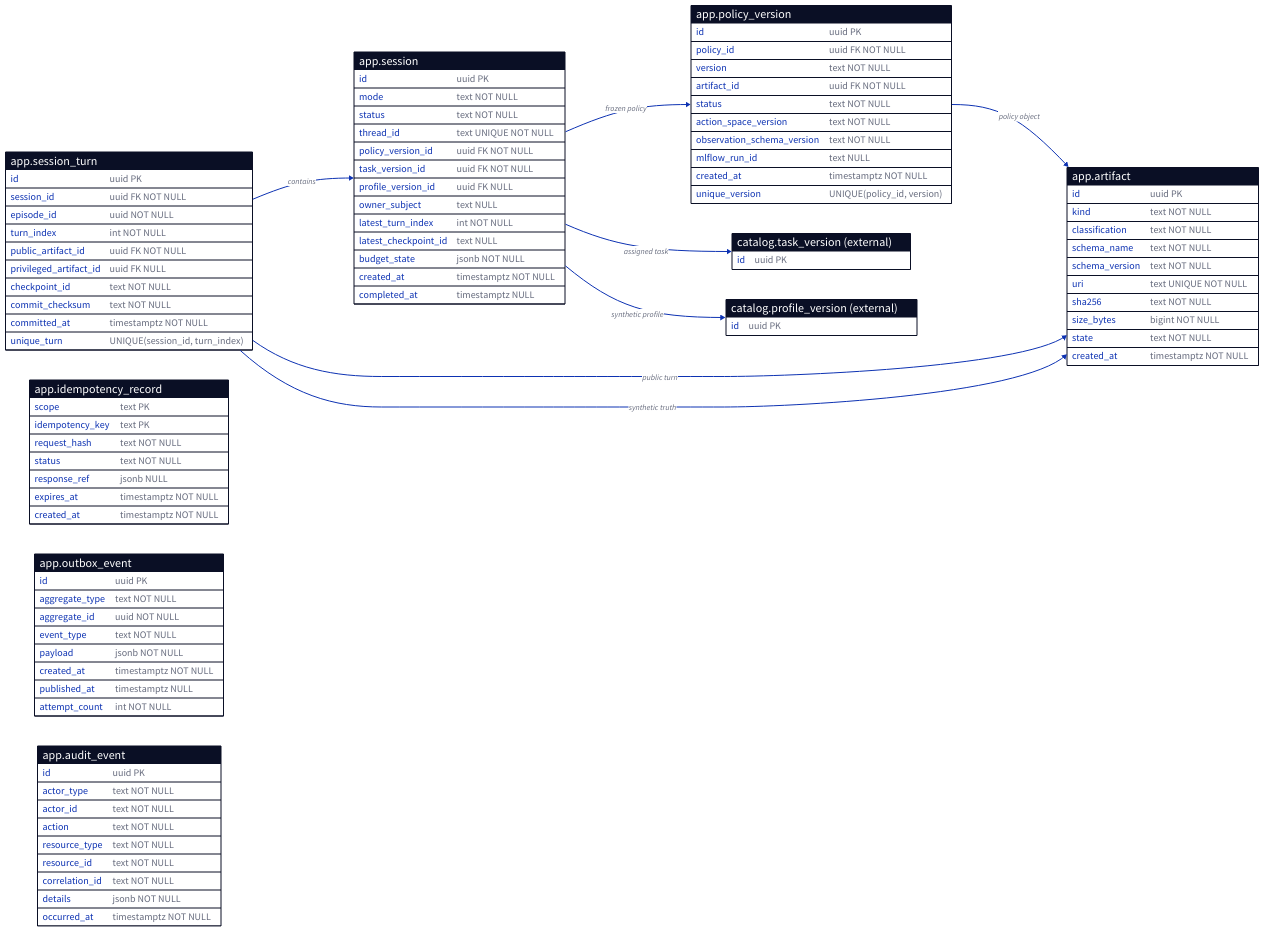
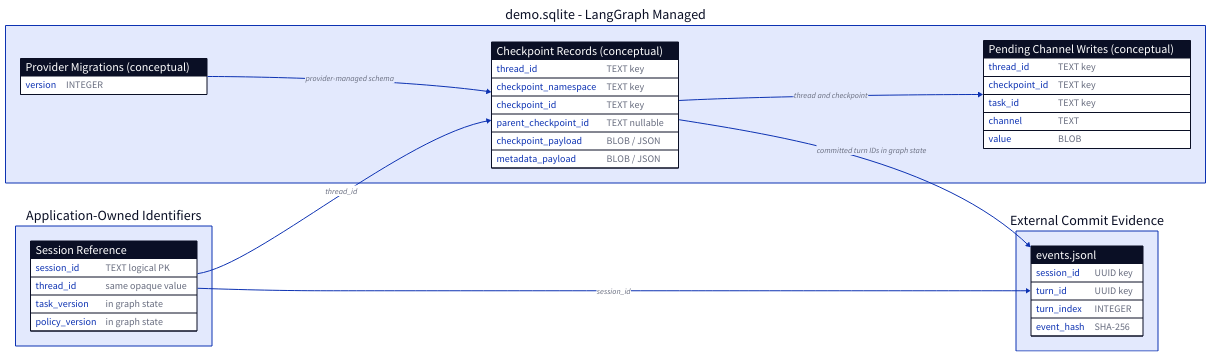
The third of 6 diagrams in docs/data-flow-and-schema.md (thekhananas/msc-dissertation-ak7025), drawn with D2 before and after one commit. The commit also changed other lines of this file and 5 other files, not shown here.

````diff
--- a/docs/data-flow-and-schema.md
+++ b/docs/data-flow-and-schema.md
@@ -230,116 +300,55 @@
 ```d2
 direction: right
 
-session: "app.session" {
-  shape: sql_table
-  id: "uuid PK"
-  mode: "text NOT NULL"
-  status: "text NOT NULL"
-  thread_id: "text UNIQUE NOT NULL"
-  policy_version_id: "uuid FK NOT NULL"
-  task_version_id: "uuid FK NOT NULL"
-  profile_version_id: "uuid FK NULL"
-  owner_subject: "text NULL"
-  latest_turn_index: "int NOT NULL"
-  latest_checkpoint_id: "text NULL"
-  budget_state: "jsonb NOT NULL"
-  created_at: "timestamptz NOT NULL"
-  completed_at: "timestamptz NULL"
+application: "Application-Owned Identifiers" {
+  session: "Session Reference" {
+    shape: sql_table
+    session_id: "TEXT logical PK"
+    thread_id: "same opaque value"
+    task_version: "in graph state"
+    policy_version: "in graph state"
+  }
 }
 
-session_turn: "app.session_turn" {
-  shape: sql_table
-  id: "uuid PK"
-  session_id: "uuid FK NOT NULL"
-  episode_id: "uuid NOT NULL"
-  turn_index: "int NOT NULL"
-  public_artifact_id: "uuid FK NOT NULL"
-  privileged_artifact_id: "uuid FK NULL"
-  checkpoint_id: "text NOT NULL"
-  commit_checksum: "text NOT NULL"
-  committed_at: "timestamptz NOT NULL"
-  unique_turn: "UNIQUE(session_id, turn_index)"
+sqlite: "demo.sqlite - LangGraph Managed" {
+  checkpoints: "Checkpoint Records (conceptual)" {
+    shape: sql_table
+    thread_id: "TEXT key"
+    checkpoint_namespace: "TEXT key"
+    checkpoint_id: "TEXT key"
+    parent_checkpoint_id: "TEXT nullable"
+    checkpoint_payload: "BLOB / JSON"
+    metadata_payload: "BLOB / JSON"
+  }
+
+  pending_writes: "Pending Channel Writes (conceptual)" {
+    shape: sql_table
+    thread_id: "TEXT key"
+    checkpoint_id: "TEXT key"
+    task_id: "TEXT key"
+    channel: "TEXT"
+    value: "BLOB"
+  }
+
+  provider_meta: "Provider Migrations (conceptual)" {
+    shape: sql_table
+    version: "INTEGER"
+  }
 }
 
-artifact: "app.artifact" {
-  shape: sql_table
-  id: "uuid PK"
-  kind: "text NOT NULL"
-  classification: "text NOT NULL"
-  schema_name: "text NOT NULL"
-  schema_version: "text NOT NULL"
-  uri: "text UNIQUE NOT NULL"
-  sha256: "text NOT NULL"
-  size_bytes: "bigint NOT NULL"
-  state: "text NOT NULL"
-  created_at: "timestamptz NOT NULL"
+external: "External Commit Evidence" {
+  events: "events.jsonl" {
+    shape: sql_table
+    session_id: "UUID key"
+    turn_id: "UUID key"
+    turn_index: "INTEGER"
+    event_hash: "SHA-256"
+  }
 }
 
-idempotency: "app.idempotency_record" {
-  shape: sql_table
-  scope: "text PK"
-  idempotency_key: "text PK"
-  request_hash: "text NOT NULL"
-  status: "text NOT NULL"
-  response_ref: "jsonb NULL"
-  expires_at: "timestamptz NOT NULL"
-  created_at: "timestamptz NOT NULL"
-}
-
-outbox: "app.outbox_event" {
-  shape: sql_table
-  id: "uuid PK"
-  aggregate_type: "text NOT NULL"
-  aggregate_id: "uuid NOT NULL"
-  event_type: "text NOT NULL"
-  payload: "jsonb NOT NULL"
-  created_at: "timestamptz NOT NULL"
-  published_at: "timestamptz NULL"
-  attempt_count: "int NOT NULL"
-}
-
-audit: "app.audit_event" {
-  shape: sql_table
-  id: "uuid PK"
-  actor_type: "text NOT NULL"
-  actor_id: "text NOT NULL"
-  action: "text NOT NULL"
-  resource_type: "text NOT NULL"
-  resource_id: "text NOT NULL"
-  correlation_id: "text NOT NULL"
-  details: "jsonb NOT NULL"
-  occurred_at: "timestamptz NOT NULL"
-}
-
-policy_version: "app.policy_version" {
-  shape: sql_table
-  id: "uuid PK"
-  policy_id: "uuid FK NOT NULL"
-  version: "text NOT NULL"
-  artifact_id: "uuid FK NOT NULL"
-  status: "text NOT NULL"
-  action_space_version: "text NOT NULL"
-  observation_schema_version: "text NOT NULL"
-  mlflow_run_id: "text NULL"
-  created_at: "timestamptz NOT NULL"
-  unique_version: "UNIQUE(policy_id, version)"
-}
-
-task_version: "catalog.task_version (external)" {
-  shape: sql_table
-  id: "uuid PK"
-}
-
-profile_version: "catalog.profile_version (external)" {
-  shape: sql_table
-  id: "uuid PK"
-}
-
-session.policy_version_id -> policy_version.id: "frozen policy"
-session.task_version_id -> task_version.id: "assigned task"
-session.profile_version_id -> profile_version.id: "synthetic profile"
-session_turn.session_id -> session.id: "contains"
-session_turn.public_artifact_id -> artifact.id: "public turn"
-session_turn.privileged_artifact_id -> artifact.id: "synthetic truth"
-policy_version.artifact_id -> artifact.id: "policy object"
+application.session -> sqlite.checkpoints: "thread_id"
+sqlite.checkpoints -> sqlite.pending_writes: "thread and checkpoint"
+sqlite.provider_meta -> sqlite.checkpoints: "provider-managed schema"
+application.session -> external.events: "session_id"
+sqlite.checkpoints -> external.events: "committed turn IDs in graph state"
 ```
````
